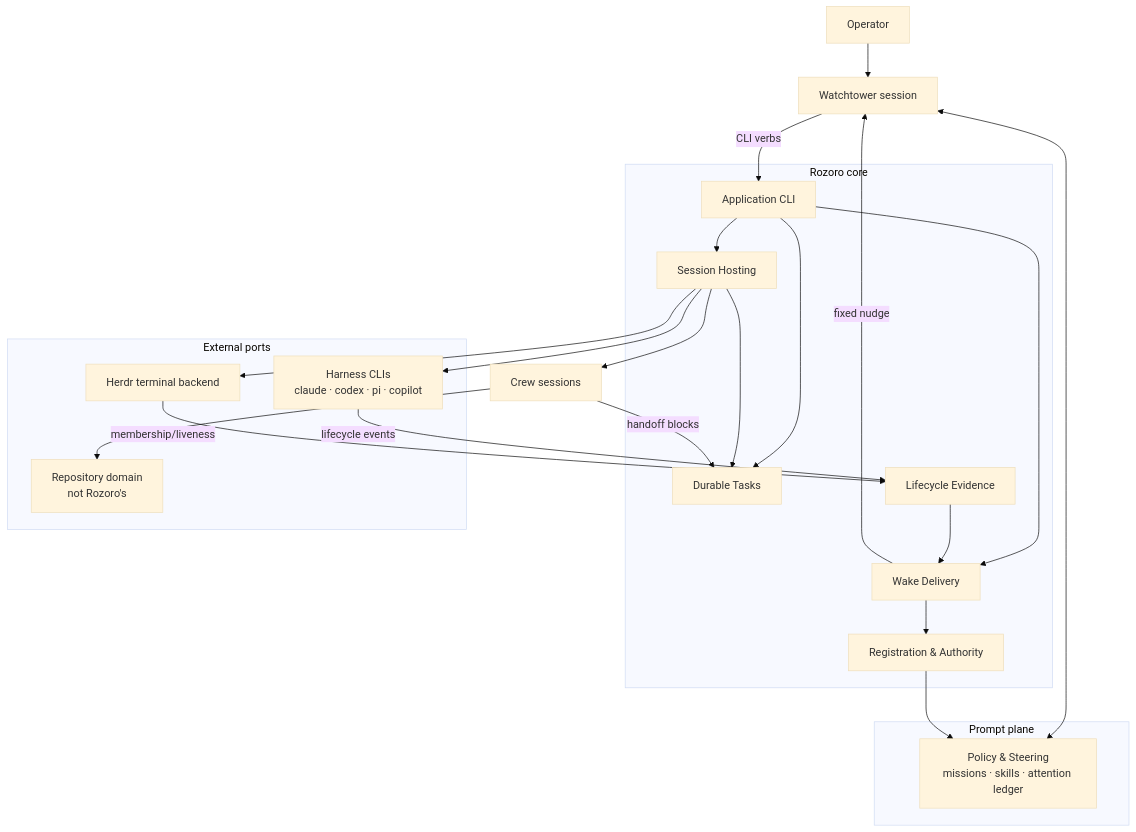
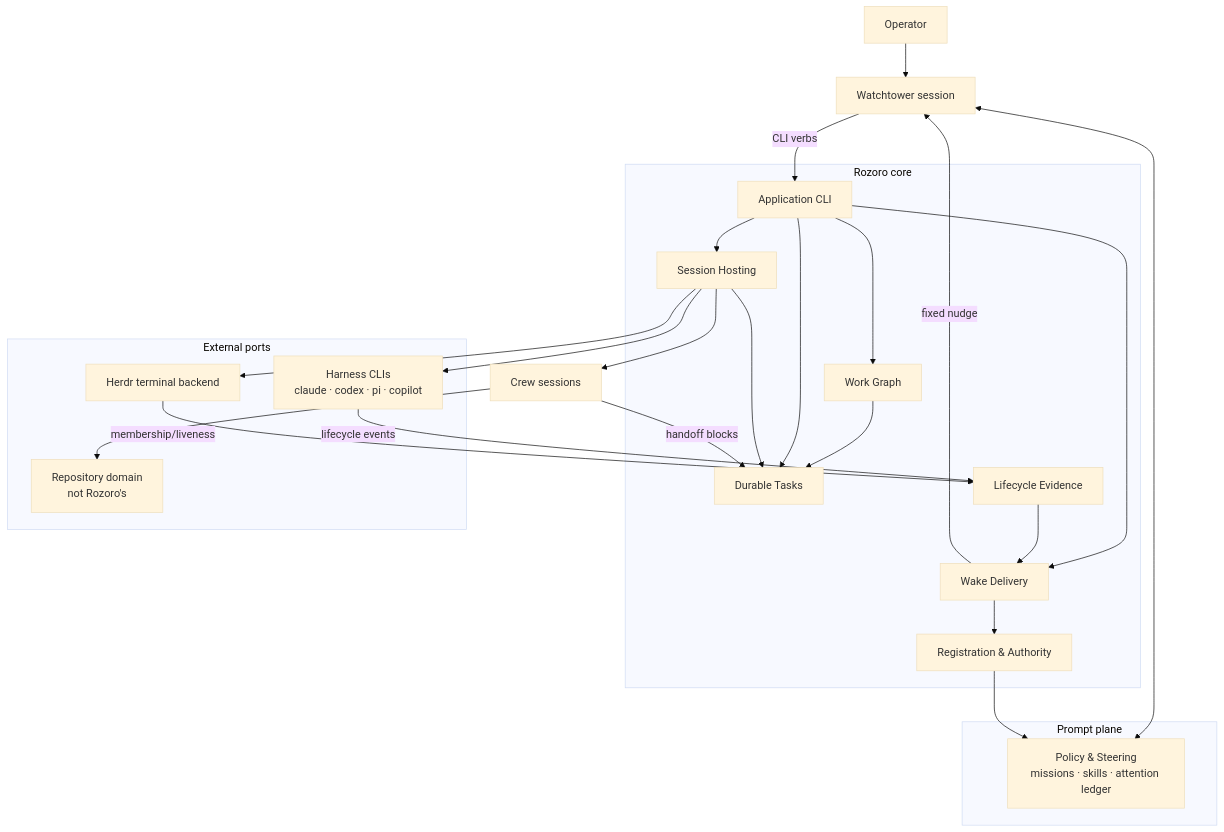
Before and after one commit to odjhey/rozoro: the diagram in v2/product-architecture.md, drawn with Mermaid (base theme). The commit also changed other lines of this file and 18 other files, not shown here.

First line of the commit message:
v2: execute accepted proposal 0001 into the mirror and charter (D5-D10)

````diff
--- a/v2/product-architecture.md
+++ b/v2/product-architecture.md
@@ -31,35 +31,37 @@
 ```mermaid
 flowchart TB
     OP[Operator] --> WT[Watchtower session]
     WT -->|CLI verbs| CLI[Application CLI]
 
     subgraph Core[Rozoro core]
-      CLI --> DT[Durable Tasks]
+      CLI --> WG[Work Graph]
+      WG --> DT[Durable Tasks]
+      CLI --> DT
       CLI --> SH[Session Hosting]
       CLI --> WD[Wake Delivery]
       SH --> DT
       LE[Lifecycle Evidence] --> WD
       WD --> RA[Registration & Authority]
     end
 
     subgraph Prompt[Prompt plane]
       PS[Policy & Steering\nmissions · skills · attention ledger]
     end
     WT <--> PS
     RA --> PS
 
     subgraph External[External ports]
       HERDR[Herdr terminal backend]
       HARNESS[Harness CLIs\nclaude · codex · pi · copilot]
       REPO[Repository domain\nnot Rozoro's]
     end
 
     SH --> HERDR
     SH --> HARNESS
     HARNESS -->|lifecycle events| LE
     HERDR -->|membership/liveness| LE
     WD -->|fixed nudge| WT
     CREW[Crew sessions] --> REPO
     SH --> CREW
     CREW -->|handoff blocks| DT
 ```
````
